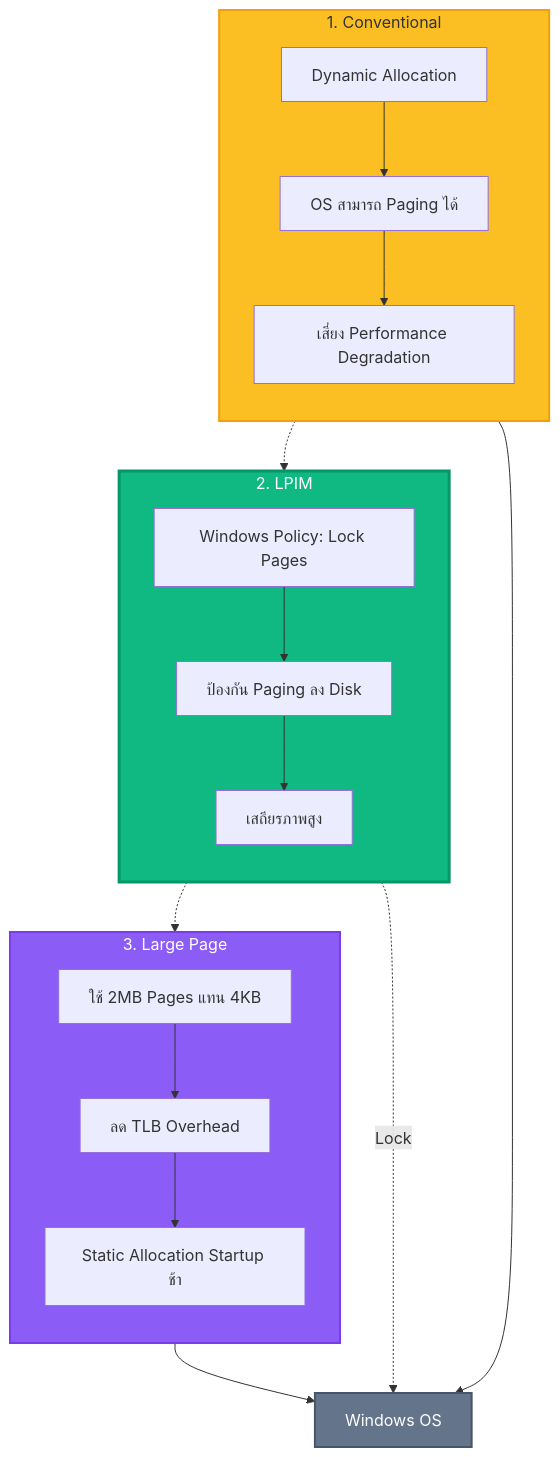
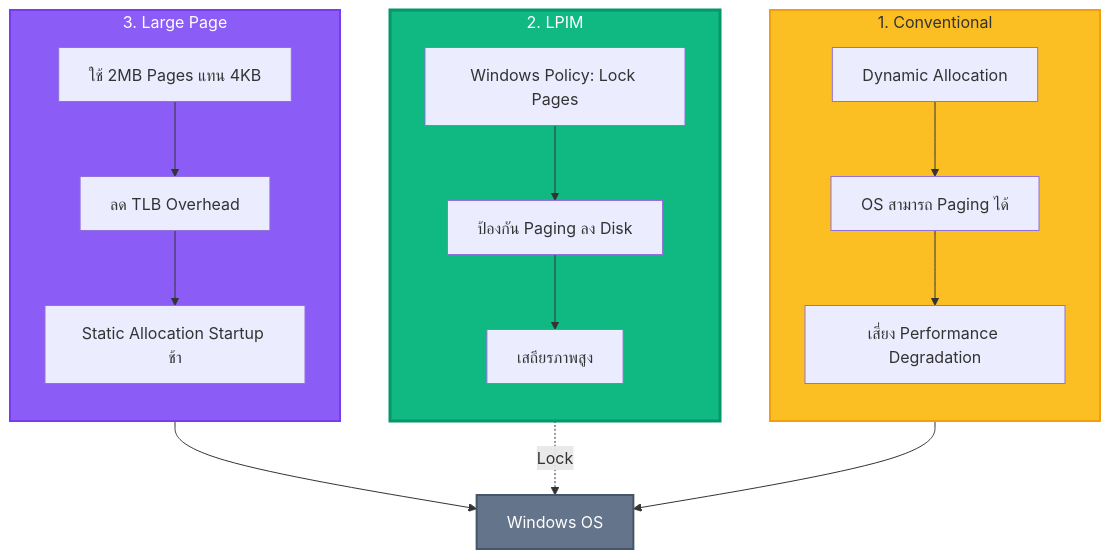
Before and after one commit to DataFabric-Academy/sql-server-performance-tuning: the second of 3 diagrams in Module_04_Memory/Sections/02_SQL_Server_Memory/README.md, drawn with Mermaid. The commit also changed other lines of this file and 214 other files, not shown here.

````diff
--- a/Module_04_Memory/Sections/02_SQL_Server_Memory/README.md
+++ b/Module_04_Memory/Sections/02_SQL_Server_Memory/README.md
@@ -7,40 +283,37 @@
 ```mermaid
 flowchart TB
     subgraph Conventional["1. Conventional"]
         direction TB
         C1["Dynamic Allocation"]
         C2["OS สามารถ Paging ได้"]
         C3["เสี่ยง Performance Degradation"]
         C1 --> C2 --> C3
     end
-    
+
     subgraph LPIM["2. LPIM"]
         direction TB
         L1["Windows Policy: Lock Pages"]
         L2["ป้องกัน Paging ลง Disk"]
         L3["เสถียรภาพสูง"]
         L1 --> L2 --> L3
     end
-    
+
     subgraph LargePage["3. Large Page"]
         direction TB
         LP1["ใช้ 2MB Pages แทน 4KB"]
         LP2["ลด TLB Overhead"]
         LP3["Static Allocation Startup ช้า"]
         LP1 --> LP2 --> LP3
     end
-    
+
     OS2["Windows OS"]
-    
+
     C3 --> OS2
     L3 -.->|Lock| OS2
     LP3 --> OS2
-    
-    Conventional -.->| | LPIM
-    LPIM -.->| | LargePage
-    
+
     style Conventional fill:#fbbf24,stroke:#f59e0b,stroke-width:2px
     style LPIM fill:#10b981,stroke:#059669,stroke-width:3px,color:#fff
     style LargePage fill:#8b5cf6,stroke:#7c3aed,stroke-width:2px,color:#fff
     style OS2 fill:#64748b,stroke:#475569,stroke-width:2px,color:#fff
 ```
````
